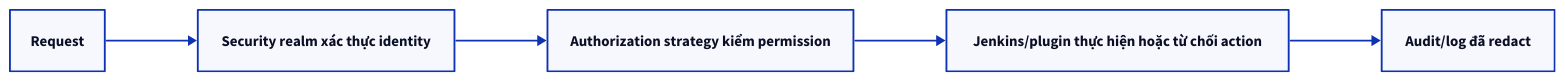
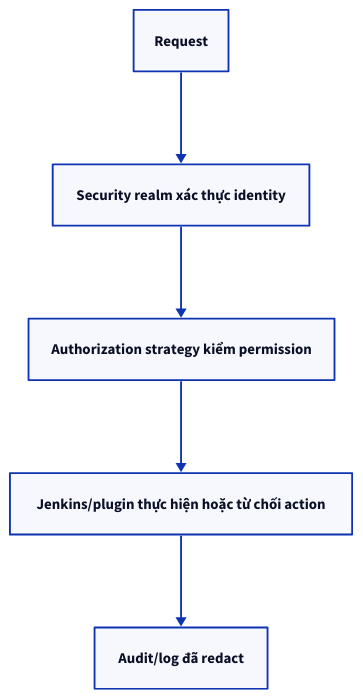
Before and after one commit to vanhiep99w/jenkins-learn: the second of 2 diagrams in content/docs/security/security-model.mdx, drawn with D2. The commit also changed other lines of this file and 62 other files, not shown here.

Commit message:
fix: improve diagram layouts and inline readability

````diff
--- a/content/docs/security/security-model.mdx
+++ b/content/docs/security/security-model.mdx
@@ -131,9 +131,9 @@
-```d2 title="Authorization strategy quyết định permission"
-direction: right
+```d2 title="Authorization strategy quyết định permission" layout=elk
+direction: down
 request: Request
 realm: Security realm xác thực identity
 auth: Authorization strategy kiểm permission
 action: Jenkins/plugin thực hiện hoặc từ chối action
 audit: Audit/log đã redact
 request -> realm -> auth -> action -> audit
 ```
````
